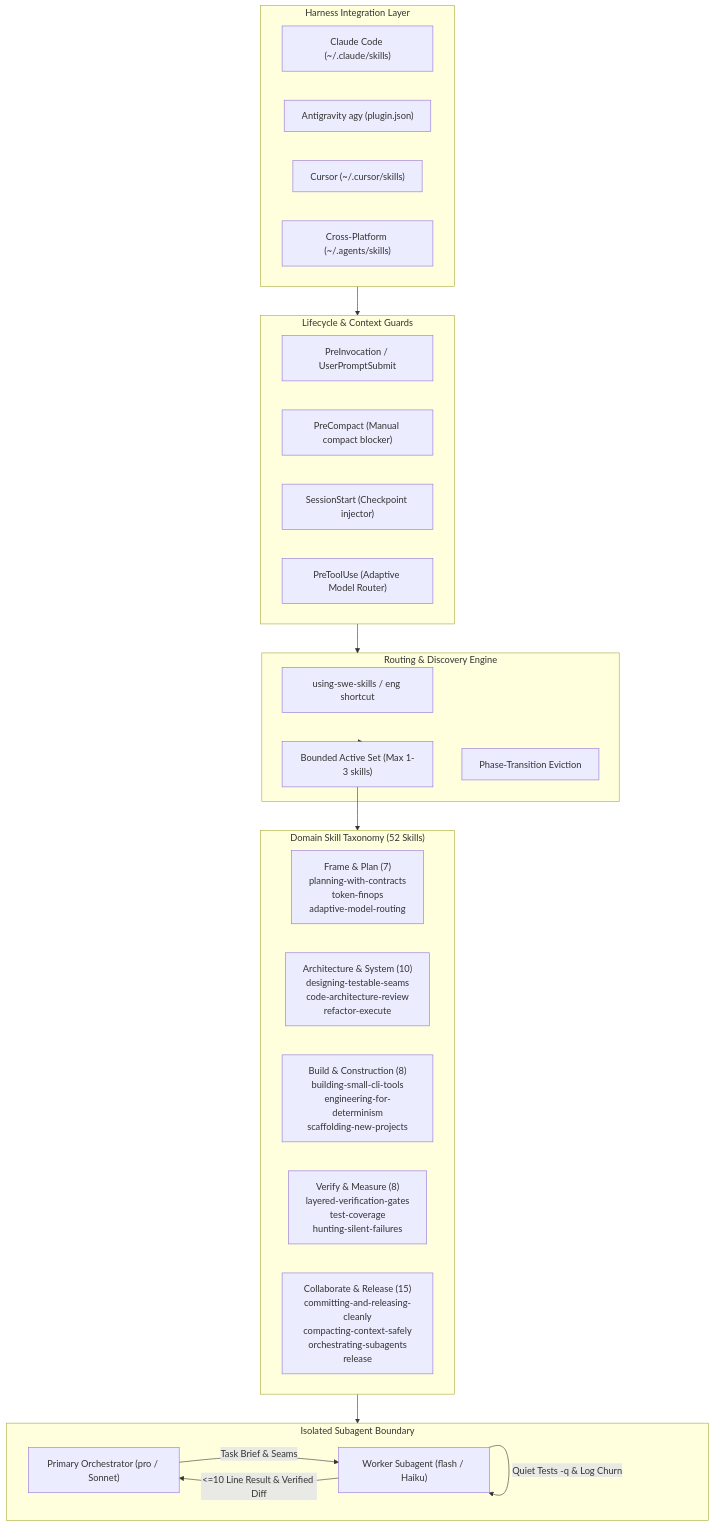
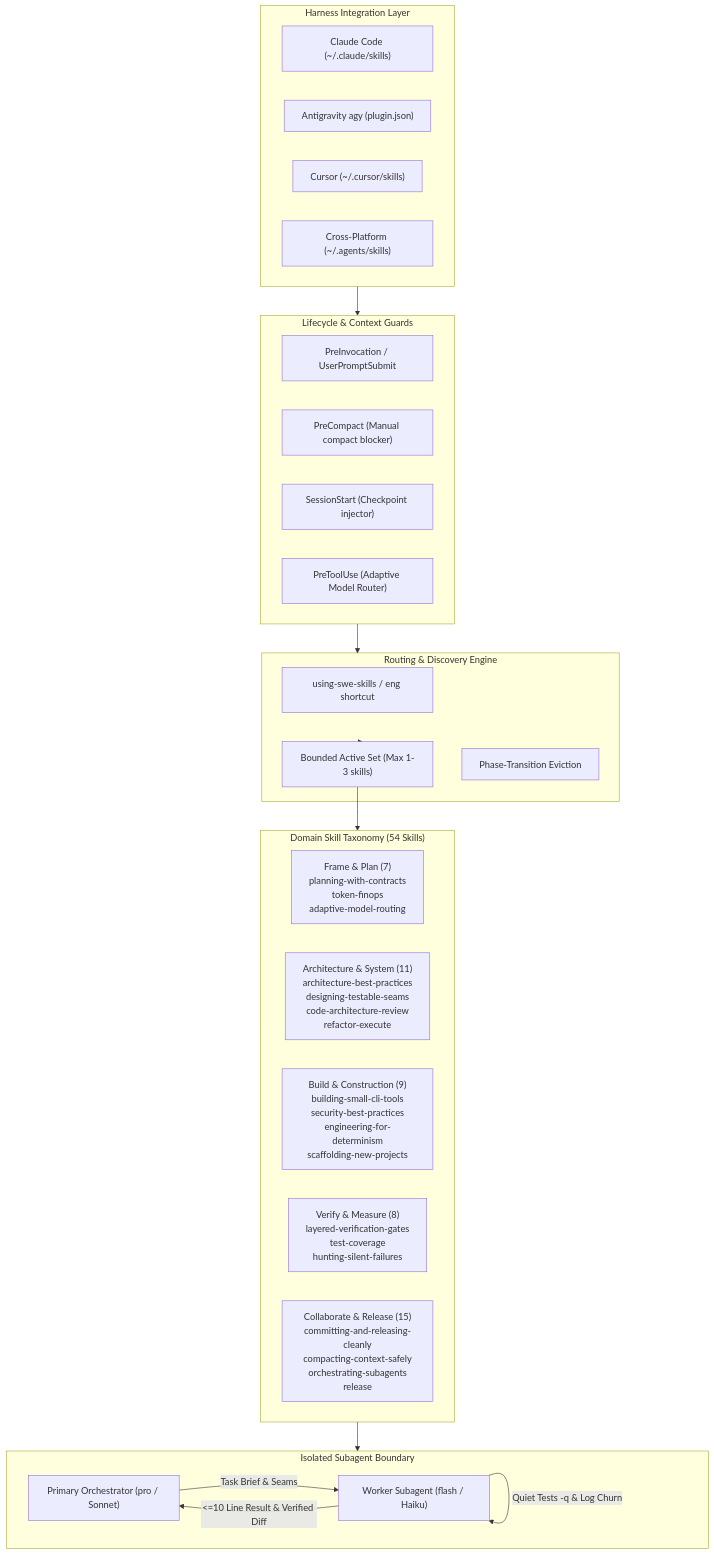
The diagram in docs/diagrams/architecture.mmd (bsommers/swe-skills-2), drawn with Mermaid before and after one commit. The commit also changed 16 other files, not shown here.

Commit message:
feat(skills): add security-best-practices and architecture-best-practices skills

```diff
--- a/docs/diagrams/architecture.mmd
+++ b/docs/diagrams/architecture.mmd
@@ -1,42 +1,42 @@
 flowchart TD
     subgraph HarnessLayer["Harness Integration Layer"]
         Claude["Claude Code (~/.claude/skills)"]
         Agy["Antigravity agy (plugin.json)"]
         Cursor["Cursor (~/.cursor/skills)"]
         Agents["Cross-Platform (~/.agents/skills)"]
     end
 
     subgraph HookSubsystem["Lifecycle & Context Guards"]
         CG_Pre["PreInvocation / UserPromptSubmit"]
         CG_Comp["PreCompact (Manual compact blocker)"]
         CG_Start["SessionStart (Checkpoint injector)"]
         MR_PreTool["PreToolUse (Adaptive Model Router)"]
     end
 
     subgraph CoreEngine["Routing & Discovery Engine"]
         Router["using-swe-skills / eng shortcut"]
         ActiveSet["Bounded Active Set (Max 1-3 skills)"]
         PhaseEvict["Phase-Transition Eviction"]
     end
 
-    subgraph SkillTaxonomy["Domain Skill Taxonomy (52 Skills)"]
+    subgraph SkillTaxonomy["Domain Skill Taxonomy (54 Skills)"]
         FramePlan["Frame & Plan (7)<br/>planning-with-contracts<br/>token-finops<br/>adaptive-model-routing"]
-        ArchDomain["Architecture & System (10)<br/>designing-testable-seams<br/>code-architecture-review<br/>refactor-execute"]
-        BuildDomain["Build & Construction (8)<br/>building-small-cli-tools<br/>engineering-for-determinism<br/>scaffolding-new-projects"]
+        ArchDomain["Architecture & System (11)<br/>architecture-best-practices<br/>designing-testable-seams<br/>code-architecture-review<br/>refactor-execute"]
+        BuildDomain["Build & Construction (9)<br/>building-small-cli-tools<br/>security-best-practices<br/>engineering-for-determinism<br/>scaffolding-new-projects"]
         VerifyDomain["Verify & Measure (8)<br/>layered-verification-gates<br/>test-coverage<br/>hunting-silent-failures"]
         ReleaseCollab["Collaborate & Release (15)<br/>committing-and-releasing-cleanly<br/>compacting-context-safely<br/>orchestrating-subagents<br/>release"]
     end
 
     subgraph SubagentExecution["Isolated Subagent Boundary"]
         PrimarySession["Primary Orchestrator (pro / Sonnet)"]
         WorkerSubagent["Worker Subagent (flash / Haiku)"]
         PrimarySession -->|Task Brief & Seams| WorkerSubagent
         WorkerSubagent -->|Quiet Tests -q & Log Churn| WorkerSubagent
         WorkerSubagent -->|<=10 Line Result & Verified Diff| PrimarySession
     end
 
     HarnessLayer --> HookSubsystem
     HookSubsystem --> CoreEngine
     CoreEngine --> ActiveSet
     ActiveSet --> SkillTaxonomy
     SkillTaxonomy --> SubagentExecution
```
